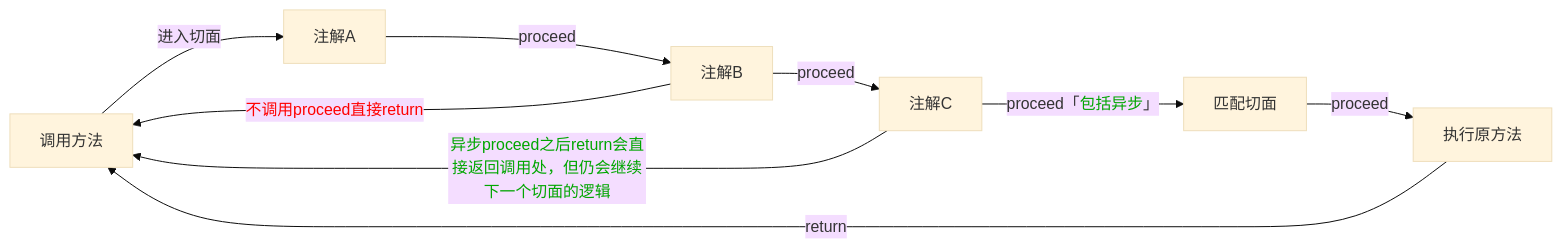
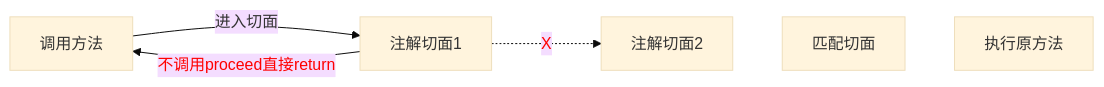
Before and after one commit to FlyJingFish/AndroidAOP: the third of 3 diagrams in docs/zh/ProceedJoinPoint.md, drawn with Mermaid (base theme). The commit also changed other lines of this file and 1 other file, not shown here.

````diff
--- a/docs/zh/ProceedJoinPoint.md
+++ b/docs/zh/ProceedJoinPoint.md
@@ -24,11 +57,8 @@
 ``` mermaid
 graph LR
-X[调用方法] --> |进入切面| A[注解A];
-A[注解A] --> |proceed| B[注解B];
-B --> |proceed| C[注解C];
-B --> |<span style='color:red'>不调用proceed直接return</span>| X;
-C --> |<span style='color:#00A600'>异步proceed之后return会直接返回调用处，但仍会继续下一个切面的逻辑</span>| X;
-C --> |proceed「<span style='color:#00A600'>包括异步</span>」| D[匹配切面];
-D --> |proceed| E[执行原方法];
-E --> |return| X;
+Call[调用方法] --> |进入切面| A[注解切面1];
+A -..-> |<span style='color:red'>X</span>| B[注解切面2];
+B ~~~ C[匹配切面];
+C ~~~ From[执行原方法];
+A --> |<span style='color:red'>不调用proceed直接return</span>| Call;
 ```
````
